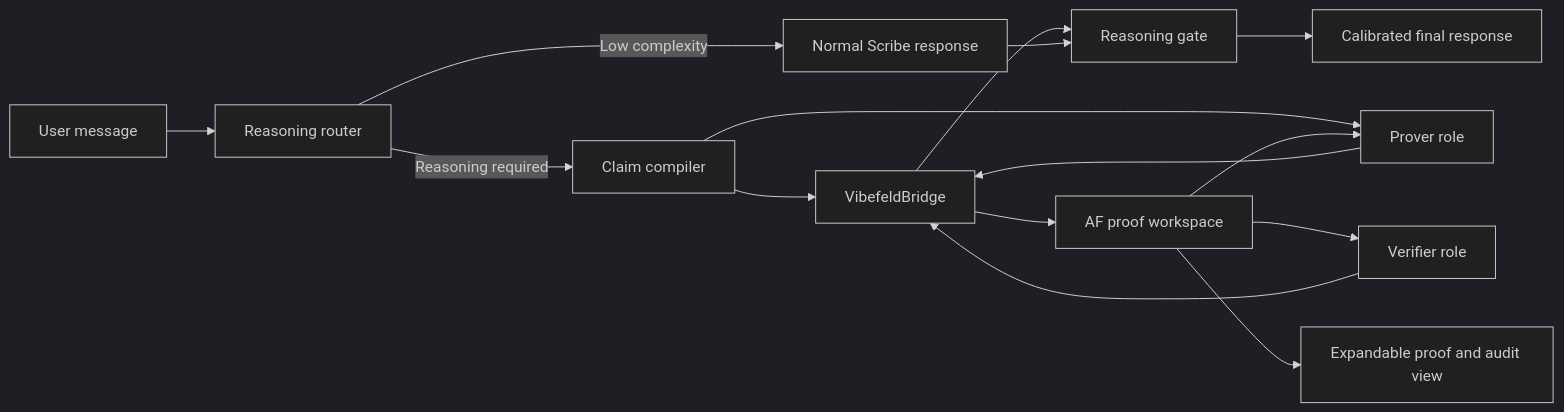
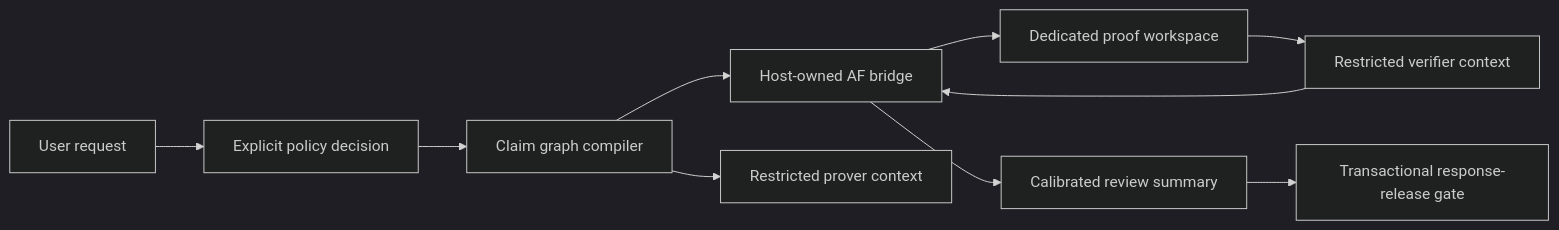
Before and after one commit to zeug-zz/opencode-chat: the second of 2 diagrams in plans/vibefeld-scribe.md, drawn with Mermaid (dark theme). The commit also changed other lines of this file and 140 other files, not shown here.

First line of the commit message:
feat(vibefeld): add host-private reasoning review pipeline

````diff
--- a/plans/vibefeld-scribe.md
+++ b/plans/vibefeld-scribe.md
@@ -69,17 +114,12 @@
 ```mermaid
 flowchart LR
-  U[User message] --> R[Reasoning router]
-  R -->|Low complexity| S[Normal Scribe response]
-  R -->|Reasoning required| C[Claim compiler]
-  C --> B[VibefeldBridge]
-  B --> W[AF proof workspace]
-  C --> P[Prover role]
-  W --> P
-  P --> B
-  W --> V[Verifier role]
+  U[User request] --> R[Explicit policy decision]
+  R --> C[Claim graph compiler]
+  C --> B[Host-owned AF bridge]
+  B --> W[Dedicated proof workspace]
+  C --> P[Restricted prover context]
+  W --> V[Restricted verifier context]
   V --> B
-  B --> G[Reasoning gate]
-  S --> G
-  G --> O[Calibrated final response]
-  W --> X[Expandable proof and audit view]
+  B --> S[Calibrated review summary]
+  S --> G[Transactional response-release gate]
 ```
````
